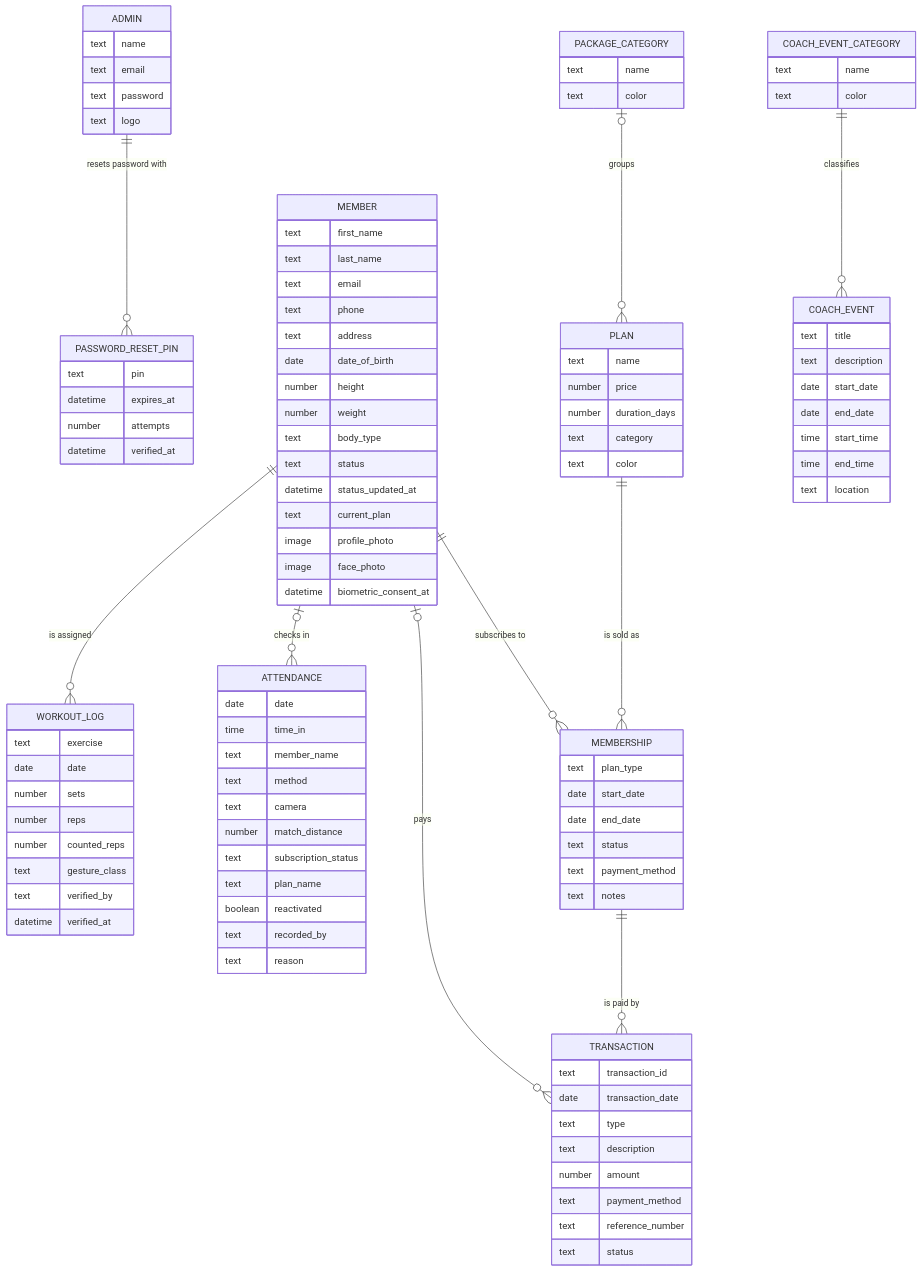
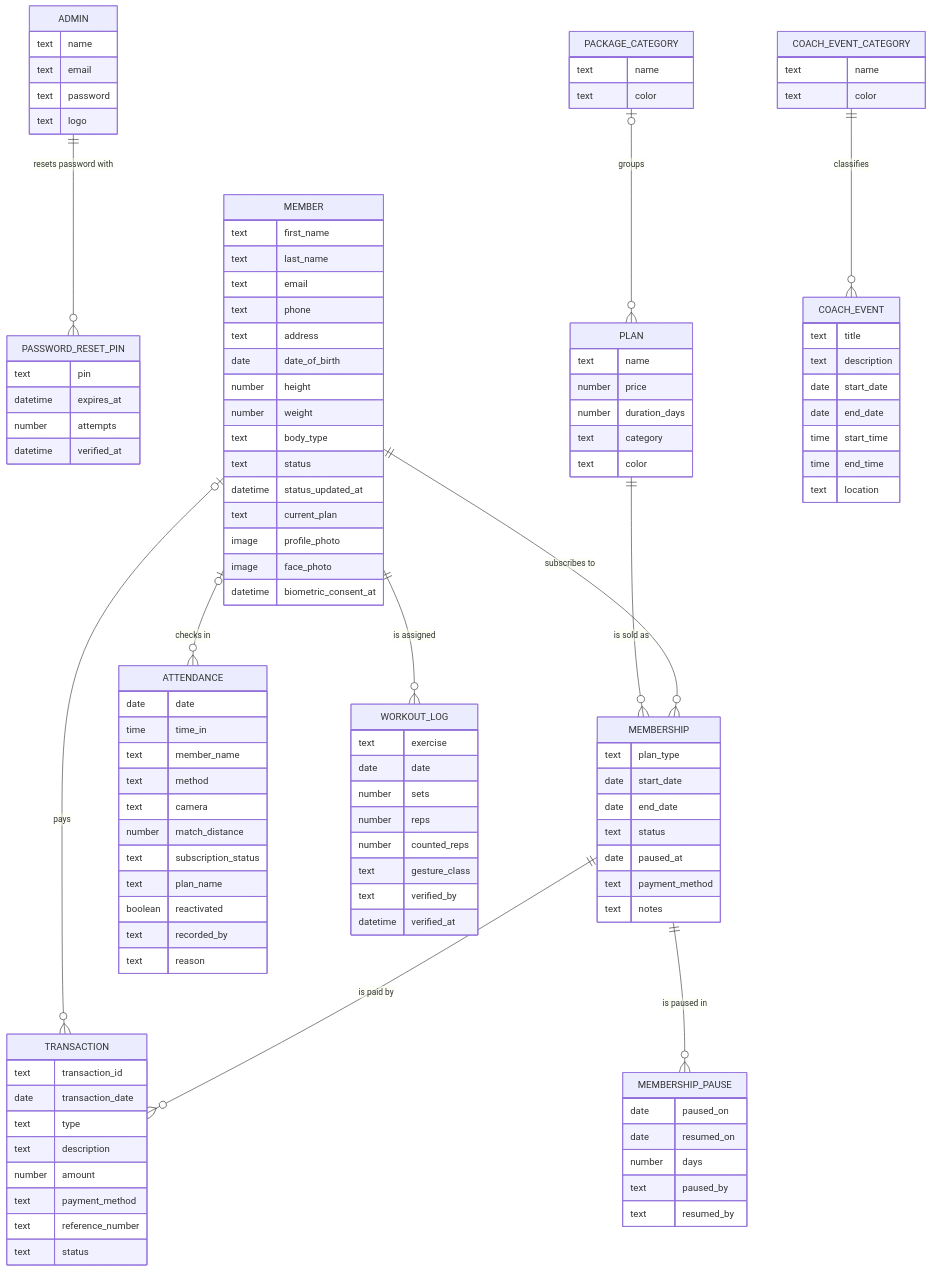
The diagram in Correct_Diagrams/5_Logical_ERD.md (Plonteras191/GYM2-CAPSTONE), drawn with Mermaid before and after one commit. The commit also changed other lines of this file and 26 other files, not shown here.

```diff
--- a/Correct_Diagrams/5_Logical_ERD.md
+++ b/Correct_Diagrams/5_Logical_ERD.md
@@ -51,8 +53,16 @@
         date start_date
         date end_date
         text status
+        date paused_at
         text payment_method
         text notes
+    }
+    MEMBERSHIP_PAUSE {
+        date paused_on
+        date resumed_on
+        number days
+        text paused_by
+        text resumed_by
     }
     TRANSACTION {
         text transaction_id
@@ -106,6 +116,7 @@
     PLAN ||--o{ MEMBERSHIP : "is sold as"
     PACKAGE_CATEGORY |o--o{ PLAN : "groups"
     MEMBERSHIP ||--o{ TRANSACTION : "is paid by"
+    MEMBERSHIP ||--o{ MEMBERSHIP_PAUSE : "is paused in"
     MEMBER |o--o{ TRANSACTION : "pays"
     MEMBER |o--o{ ATTENDANCE : "checks in"
     MEMBER ||--o{ WORKOUT_LOG : "is assigned"
```
